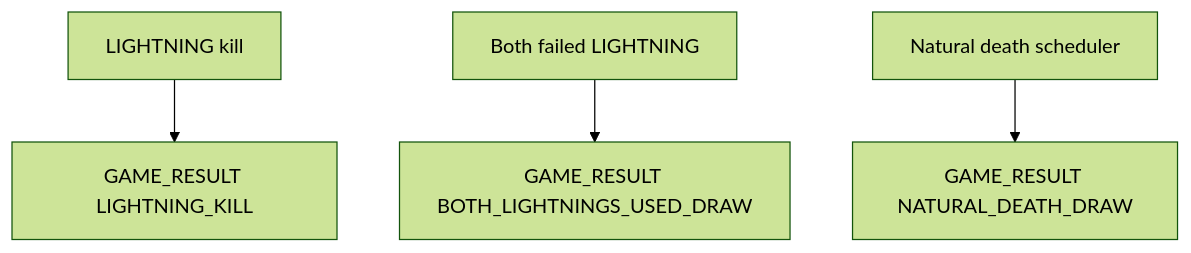
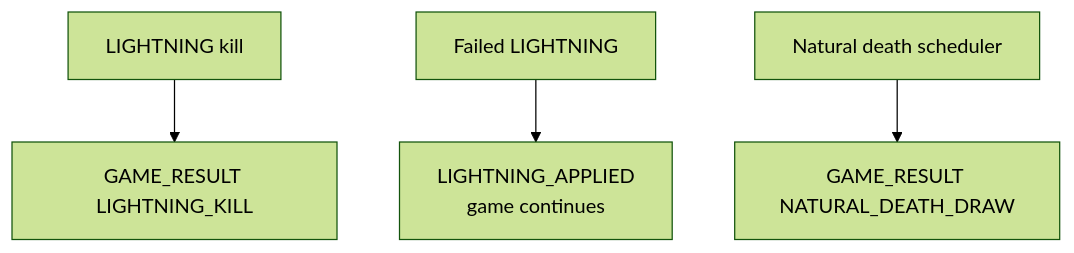
One commit to moonwhistle/League-of-Star changed the fifth of 5 diagrams in docs/antigravity/backend/issue-50-game-end-scheduler-settlement.md. Above: the diagram before and after it, drawn with Mermaid (forest theme). The commit also changed other lines of this file and 7 other files, not shown here.

````diff
--- a/docs/antigravity/backend/issue-50-game-end-scheduler-settlement.md
+++ b/docs/antigravity/backend/issue-50-game-end-scheduler-settlement.md
@@ -289,6 +289,6 @@
 ```mermaid
 flowchart TD
     A[LIGHTNING kill] --> R[GAME_RESULT LIGHTNING_KILL]
-    B[Both failed LIGHTNING] --> R2[GAME_RESULT BOTH_LIGHTNINGS_USED_DRAW]
+    B[Failed LIGHTNING] --> P[LIGHTNING_APPLIED<br/>game continues]
     C[Natural death scheduler] --> R3[GAME_RESULT NATURAL_DEATH_DRAW]
 ```
````
